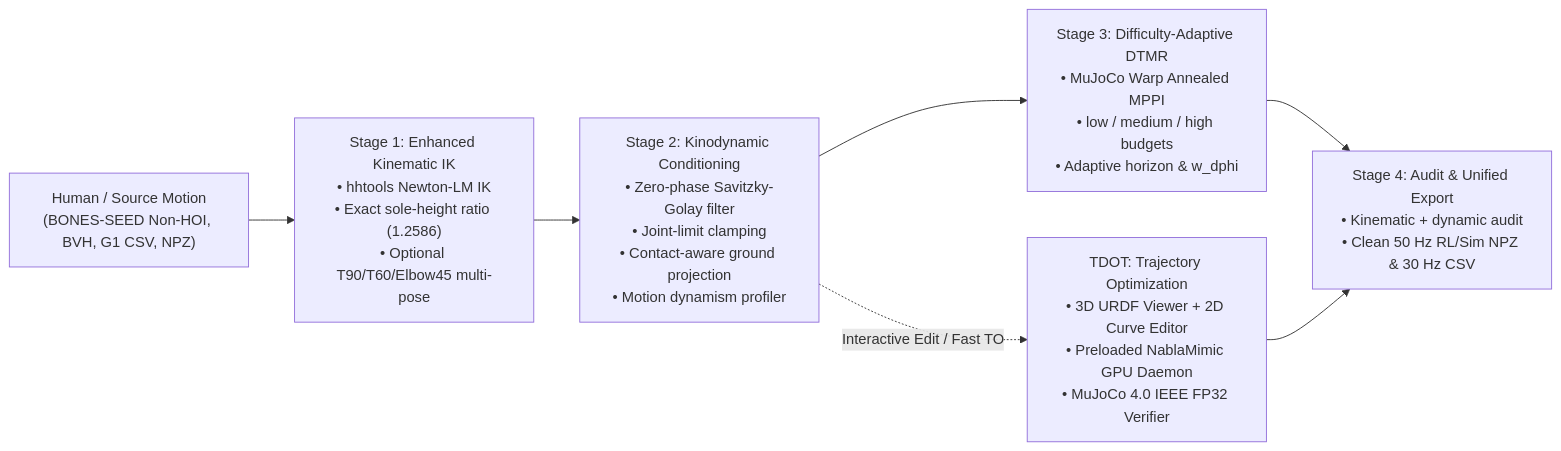
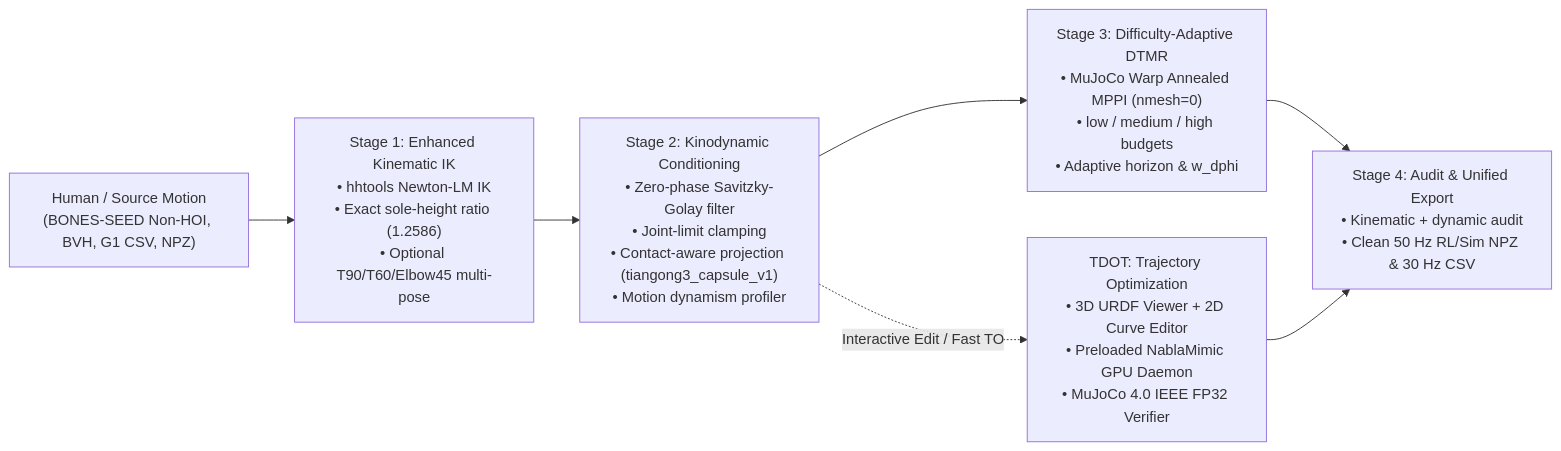
Before and after one commit to BenHuHuan/Retarget_X: the diagram in README.md, drawn with Mermaid. The commit also changed other lines of this file, not shown here.

Commit message:
docs(readme): add dedicated Tiangong3 MLAB4_Fast capsule_v1 collision section and benchmark table

````diff
--- a/README.md
+++ b/README.md
@@ -40,9 +41,9 @@
 ```mermaid
 flowchart LR
     A["Human / Source Motion\n(BONES-SEED Non-HOI, BVH, G1 CSV, NPZ)"] --> B["Stage 1: Enhanced Kinematic IK\n• hhtools Newton-LM IK\n• Exact sole-height ratio (1.2586)\n• Optional T90/T60/Elbow45 multi-pose"]
-    B --> C["Stage 2: Kinodynamic Conditioning\n• Zero-phase Savitzky-Golay filter\n• Joint-limit clamping\n• Contact-aware ground projection\n• Motion dynamism profiler"]
-    C --> D["Stage 3: Difficulty-Adaptive DTMR\n• MuJoCo Warp Annealed MPPI\n• low / medium / high budgets\n• Adaptive horizon & w_dphi"]
+    B --> C["Stage 2: Kinodynamic Conditioning\n• Zero-phase Savitzky-Golay filter\n• Joint-limit clamping\n• Contact-aware projection (tiangong3_capsule_v1)\n• Motion dynamism profiler"]
+    C --> D["Stage 3: Difficulty-Adaptive DTMR\n• MuJoCo Warp Annealed MPPI (nmesh=0)\n• low / medium / high budgets\n• Adaptive horizon & w_dphi"]
     C -. "Interactive Edit / Fast TO" .-> T["TDOT: Trajectory Optimization\n• 3D URDF Viewer + 2D Curve Editor\n• Preloaded NablaMimic GPU Daemon\n• MuJoCo 4.0 IEEE FP32 Verifier"]
     D --> E["Stage 4: Audit & Unified Export\n• Kinematic + dynamic audit\n• Clean 50 Hz RL/Sim NPZ & 30 Hz CSV"]
     T --> E
 ```
````
